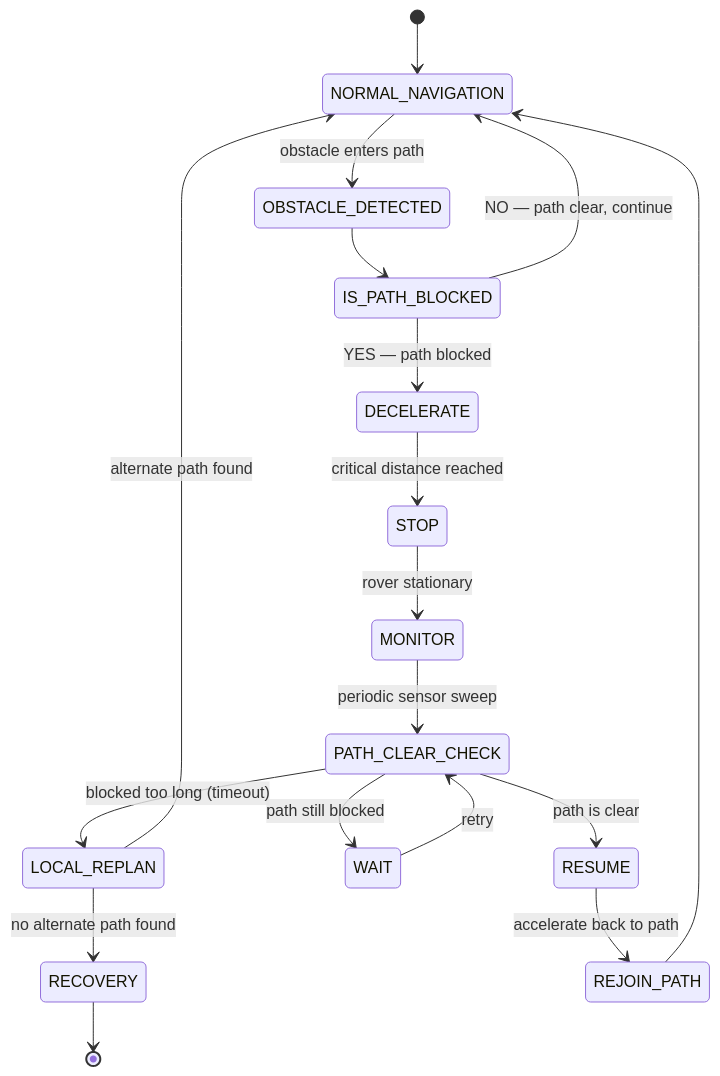
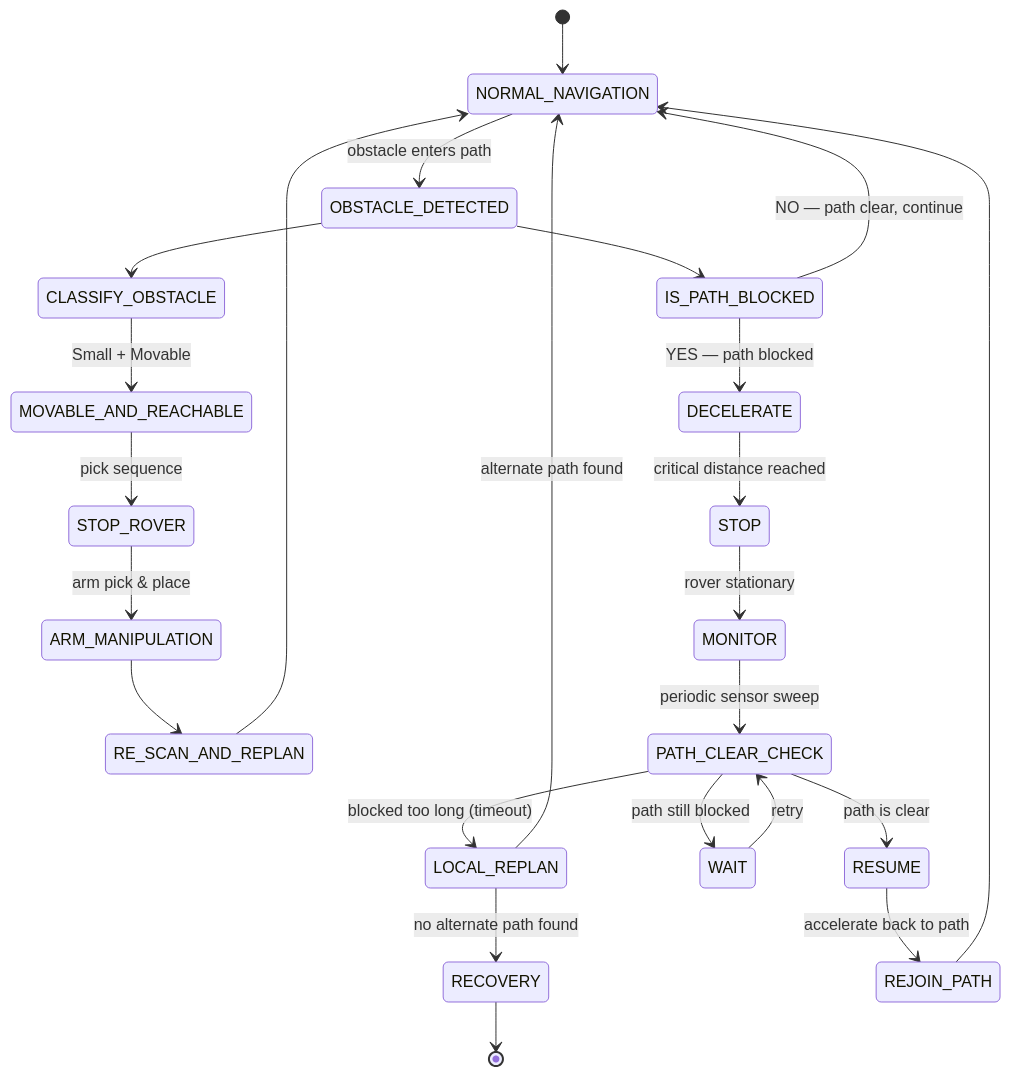
Diagram 14 of 25 in README.md (Nisarg9072-god/RoboFest-Rover), drawn with Mermaid before and after one commit. The commit also changed other lines of this file and 6 other files, not shown here.

Commit message:
phase-1: audit rover architecture and establish software foundation

````diff
--- a/README.md
+++ b/README.md
@@ -1316,31 +1350,38 @@
 ```mermaid
 stateDiagram-v2
     [*] --> NORMAL_NAVIGATION
 
     NORMAL_NAVIGATION --> OBSTACLE_DETECTED : obstacle enters path
 
     OBSTACLE_DETECTED --> IS_PATH_BLOCKED
+    OBSTACLE_DETECTED --> CLASSIFY_OBSTACLE
+
+    CLASSIFY_OBSTACLE --> MOVABLE_AND_REACHABLE : Small + Movable
+    MOVABLE_AND_REACHABLE --> STOP_ROVER : pick sequence
+    STOP_ROVER --> ARM_MANIPULATION : arm pick & place
+    ARM_MANIPULATION --> RE_SCAN_AND_REPLAN
+    RE_SCAN_AND_REPLAN --> NORMAL_NAVIGATION
 
     IS_PATH_BLOCKED --> DECELERATE : YES — path blocked
     IS_PATH_BLOCKED --> NORMAL_NAVIGATION : NO — path clear, continue
 
     DECELERATE --> STOP : critical distance reached
 
     STOP --> MONITOR : rover stationary
 
     MONITOR --> PATH_CLEAR_CHECK : periodic sensor sweep
 
     PATH_CLEAR_CHECK --> RESUME : path is clear
     PATH_CLEAR_CHECK --> WAIT : path still blocked
     PATH_CLEAR_CHECK --> LOCAL_REPLAN : blocked too long (timeout)
 
     WAIT --> PATH_CLEAR_CHECK : retry
 
     LOCAL_REPLAN --> NORMAL_NAVIGATION : alternate path found
     LOCAL_REPLAN --> RECOVERY : no alternate path found
 
     RESUME --> REJOIN_PATH : accelerate back to path
     REJOIN_PATH --> NORMAL_NAVIGATION
 
     RECOVERY --> [*]
 ```
````
